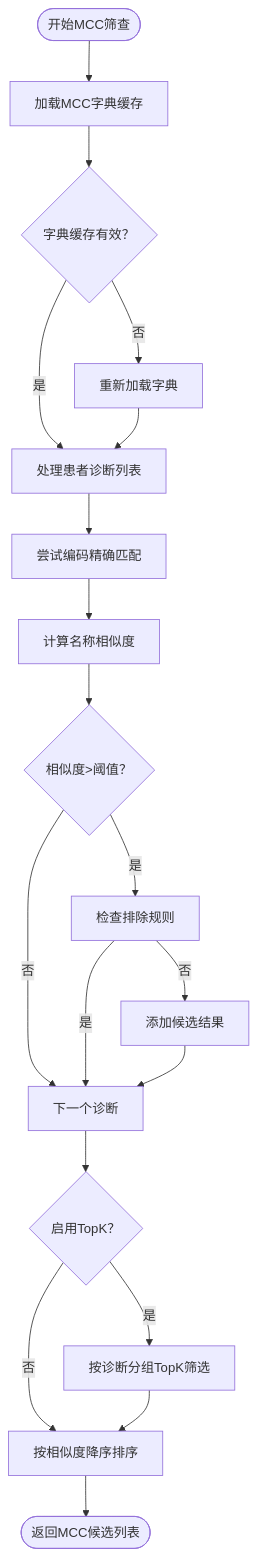
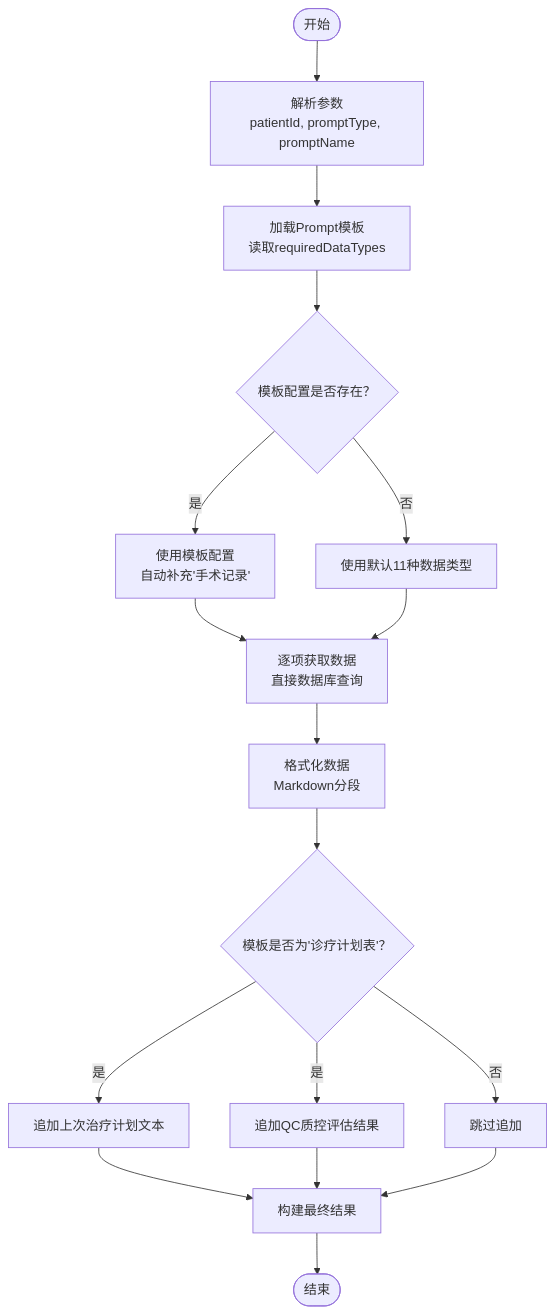
One commit to liuzh2008/med_ai_assistant_workspace changed the third of 6 diagrams in .qoder/repowiki/zh/content/核心功能模块/AI诊断辅助系统.md. Above: the diagram before and after it, drawn with Mermaid. The commit also changed other lines of this file and 5 other files, not shown here.

````diff
--- a/.qoder/repowiki/zh/content/核心功能模块/AI诊断辅助系统.md
+++ b/.qoder/repowiki/zh/content/核心功能模块/AI诊断辅助系统.md
@@ -777,21 +160,19 @@
 ```mermaid
 flowchart TD
-Start(["开始MCC筛查"]) --> LoadDict["加载MCC字典缓存"]
-LoadDict --> CheckCache{"字典缓存有效？"}
-CheckCache --> |否| ReloadDict["重新加载字典"]
-CheckCache --> |是| ProcessDiagnoses["处理患者诊断列表"]
-ReloadDict --> ProcessDiagnoses
-ProcessDiagnoses --> ExactMatch["尝试编码精确匹配"]
-ExactMatch --> SimilarityCalc["计算名称相似度"]
-SimilarityCalc --> ThresholdCheck{"相似度>阈值？"}
-ThresholdCheck --> |是| ExcludeCheck["检查排除规则"]
-ThresholdCheck --> |否| NextDiagnosis["下一个诊断"]
-ExcludeCheck --> |是| NextDiagnosis
-ExcludeCheck --> |否| AddCandidate["添加候选结果"]
-AddCandidate --> NextDiagnosis
-NextDiagnosis --> TopKCheck{"启用TopK？"}
-TopKCheck --> |是| ApplyTopK["按诊断分组TopK筛选"]
-TopKCheck --> |否| SortResults["按相似度降序排序"]
-ApplyTopK --> SortResults
-SortResults --> End(["返回MCC候选列表"])
+Start(["开始"]) --> ParseParams["解析参数<br/>patientId, promptType, promptName"]
+ParseParams --> LoadTemplate["加载Prompt模板<br/>读取requiredDataTypes"]
+LoadTemplate --> DecideTypes{"模板配置是否存在？"}
+DecideTypes --> |是| UseConfig["使用模板配置<br/>自动补充'手术记录'"]
+DecideTypes --> |否| UseDefault["使用默认11种数据类型"]
+UseConfig --> FetchData["逐项获取数据<br/>直接数据库查询"]
+UseDefault --> FetchData
+FetchData --> FormatData["格式化数据<br/>Markdown分段"]
+FormatData --> AddContinuity{"模板是否为'诊疗计划表'？"}
+AddContinuity --> |是| AppendPlan["追加上次治疗计划文本"]
+AddContinuity --> |是| AppendQC["追加QC质控评估结果"]
+AddContinuity --> |否| SkipQC["跳过追加"]
+AppendPlan --> BuildResult["构建最终结果"]
+AppendQC --> BuildResult
+SkipQC --> BuildResult
+BuildResult --> End(["结束"])
 ```
````
